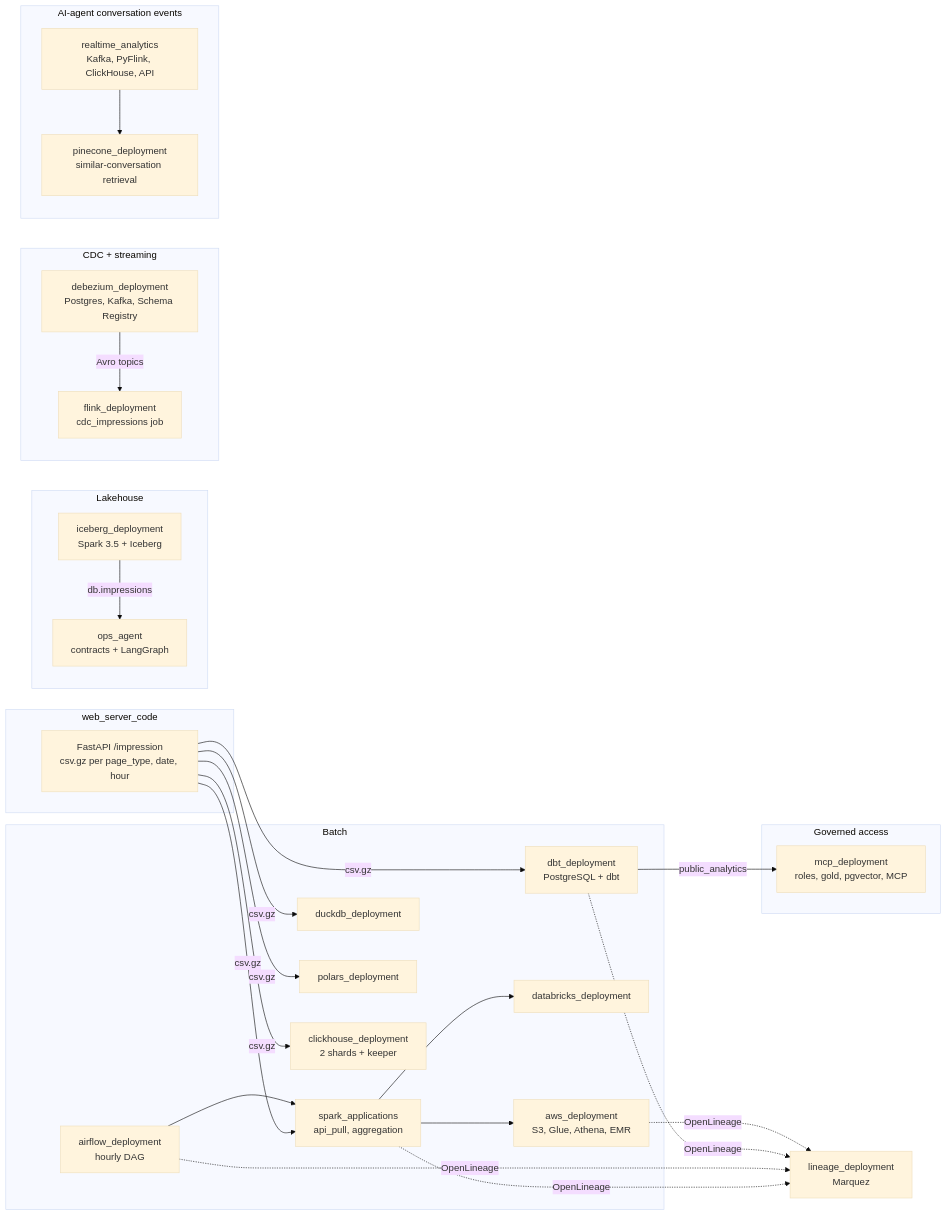
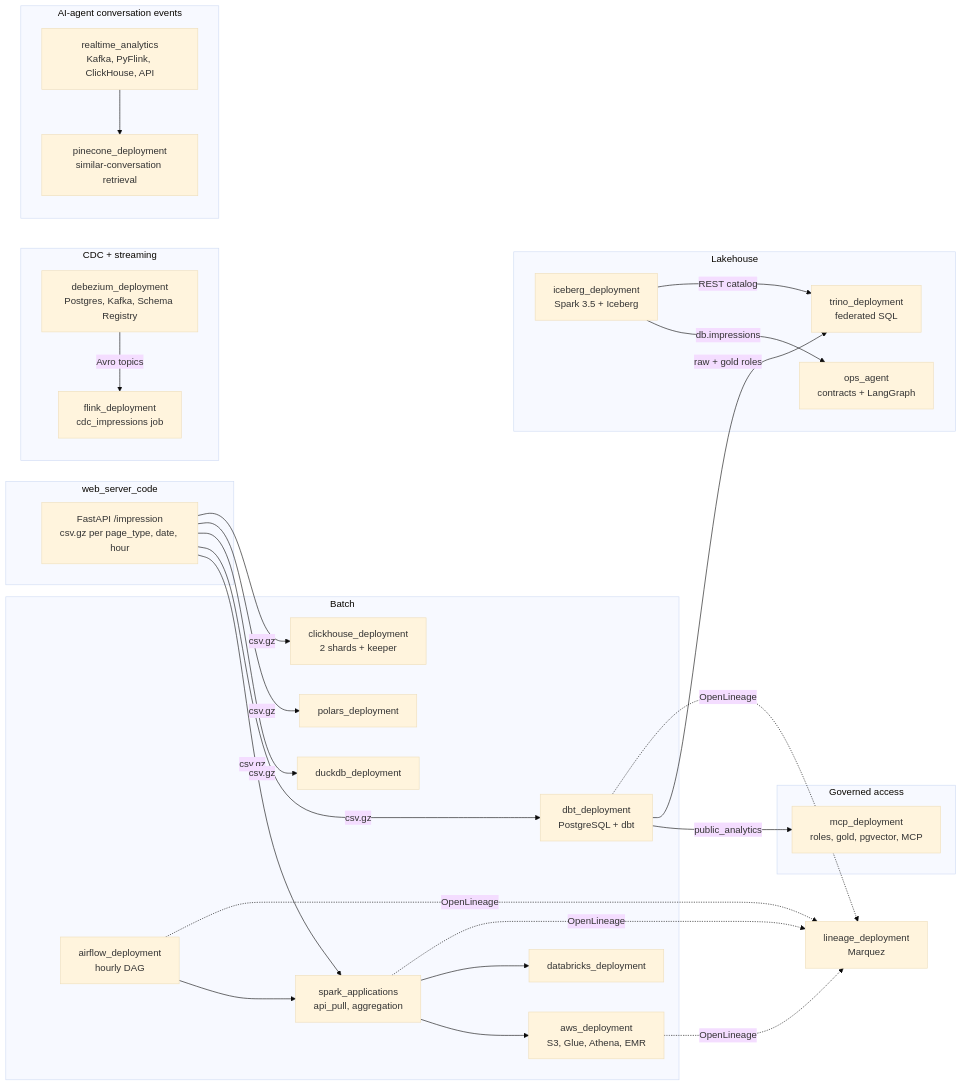
The diagram in README.md (rubinder/data_processing), drawn with Mermaid (base theme) before and after one commit. The commit also changed other lines of this file and 30 other files, not shown here.

First line of the commit message:
Add trino_deployment: federated SQL over the Iceberg REST catalog and the dbt PostgreSQL through the stage roles

````diff
--- a/README.md
+++ b/README.md
@@ -83,55 +83,58 @@
 ```mermaid
 flowchart LR
     subgraph source["web_server_code"]
         api["FastAPI /impression<br/>csv.gz per page_type, date, hour"]
     end
 
     subgraph batch["Batch"]
         spark["spark_applications<br/>api_pull, aggregation"]
         airflow["airflow_deployment<br/>hourly DAG"]
         aws["aws_deployment<br/>S3, Glue, Athena, EMR"]
         dbx["databricks_deployment"]
         dbt["dbt_deployment<br/>PostgreSQL + dbt"]
         duck["duckdb_deployment"]
         polars["polars_deployment"]
         ch["clickhouse_deployment<br/>2 shards + keeper"]
     end
 
     subgraph lakehouse["Lakehouse"]
         iceberg["iceberg_deployment<br/>Spark 3.5 + Iceberg"]
         ops["ops_agent<br/>contracts + LangGraph"]
+        trino["trino_deployment<br/>federated SQL"]
     end
 
     subgraph cdc["CDC + streaming"]
         dbz["debezium_deployment<br/>Postgres, Kafka, Schema Registry"]
         flink["flink_deployment<br/>cdc_impressions job"]
     end
 
     subgraph gold["Governed access"]
         mcp["mcp_deployment<br/>roles, gold, pgvector, MCP"]
     end
 
     subgraph conv["AI-agent conversation events"]
         rt["realtime_analytics<br/>Kafka, PyFlink, ClickHouse, API"]
         pine["pinecone_deployment<br/>similar-conversation retrieval"]
     end
 
     lineage["lineage_deployment<br/>Marquez"]
 
     api -->|"csv.gz"| spark
     api -->|"csv.gz"| dbt
     api -->|"csv.gz"| duck
     api -->|"csv.gz"| polars
     api -->|"csv.gz"| ch
     airflow --> spark
     spark --> aws
     spark --> dbx
     dbt -->|"public_analytics"| mcp
     iceberg -->|"db.impressions"| ops
+    iceberg -->|"REST catalog"| trino
+    dbt -->|"raw + gold roles"| trino
     dbz -->|"Avro topics"| flink
     rt --> pine
     spark -.->|"OpenLineage"| lineage
     airflow -.->|"OpenLineage"| lineage
     dbt -.->|"OpenLineage"| lineage
     aws -.->|"OpenLineage"| lineage
 ```
````
